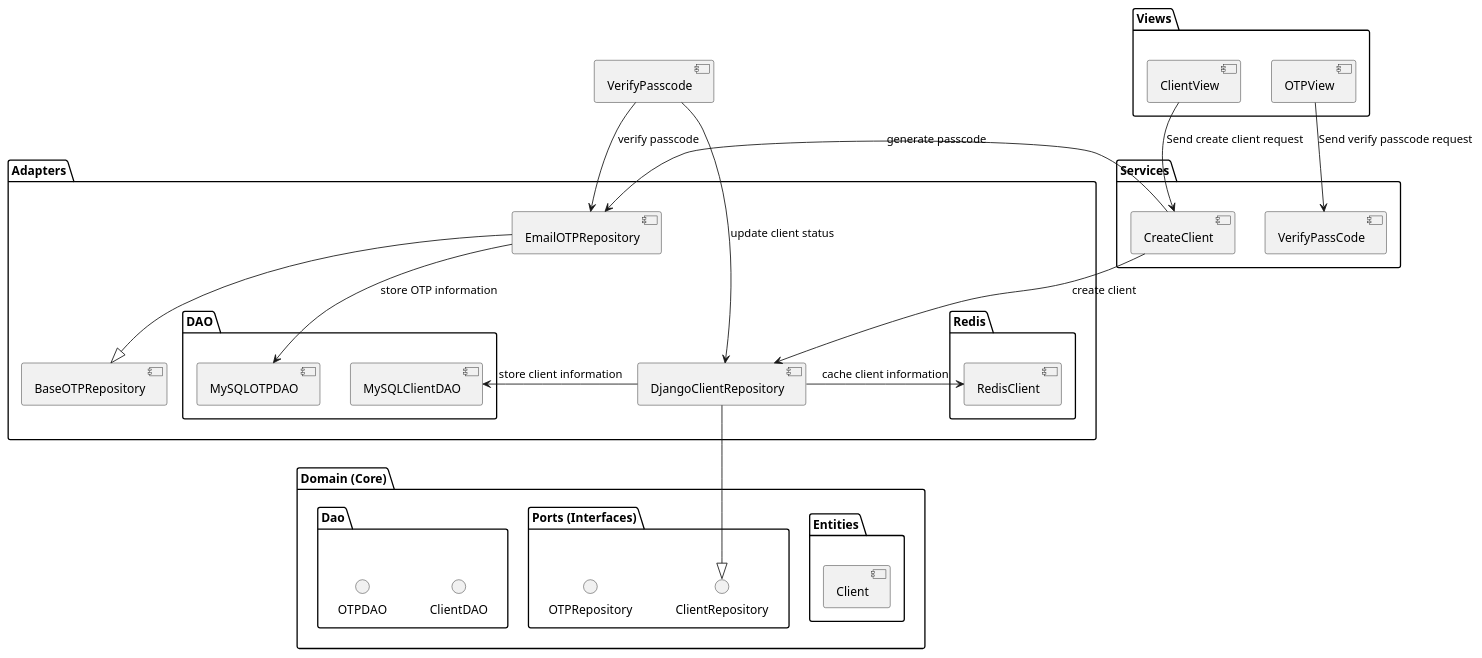
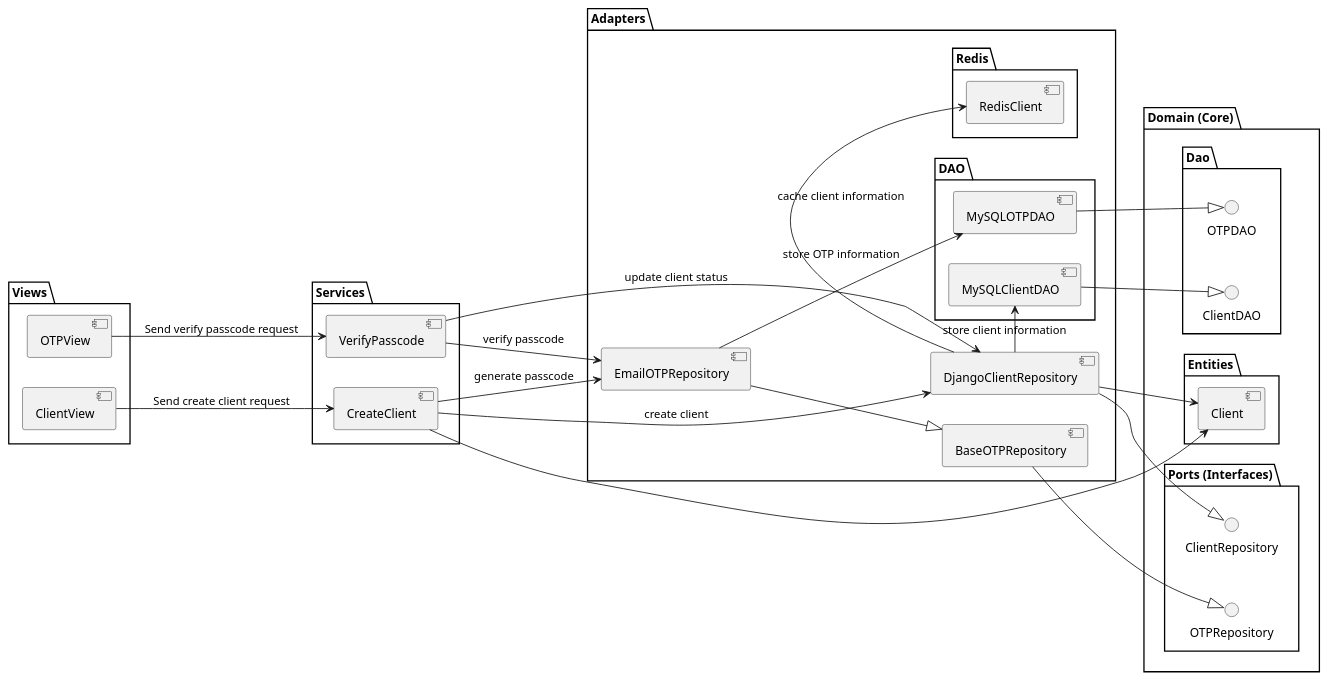
One commit to William-Lavoie/BrokerX changed the diagram in documentation/phase2/views/component_diagram.puml. Above: the diagram before and after it, drawn with PlantUML. The commit also changed 25 other files, not shown here.

```diff
--- a/documentation/phase2/views/component_diagram.puml
+++ b/documentation/phase2/views/component_diagram.puml
@@ -1,58 +1,71 @@
 @startuml
+left to right direction
+skinparam style strictuml
+skinparam ActorStyle awesome
+skinparam rectangle {
+  BackgroundColor #FFFFFF
+  BorderColor #000000
+  RoundCorner 15
+}
 package "Domain (Core)" {
     package "Entities" {
         [Client]
     }
 
     package "Ports (Interfaces)" {
         interface ClientRepository
         interface OTPRepository
     }
 
     package "Dao" {
         interface ClientDAO
         interface OTPDAO
     }
 }
 
 package "Views" {
     [ClientView]
     [OTPView]
 }
 
 package "Adapters" {
     [DjangoClientRepository]
     [BaseOTPRepository]
     [EmailOTPRepository]
 
     package "DAO" {
         [MySQLClientDAO]
         [MySQLOTPDAO]
     }
-    
+
     package "Redis" {
         [RedisClient]
     }
 }
 
 package "Services" {
     [CreateClient]
-    [VerifyPassCode]
+    [VerifyPasscode]
 }
 
 [ClientView] --> [CreateClient] : Send create client request
 [CreateClient] -> [DjangoClientRepository] : create client
 [DjangoClientRepository] -> [RedisClient] : cache client information
 [DjangoClientRepository] -> [MySQLClientDAO] : store client information
 
 [CreateClient] -> [EmailOTPRepository] : generate passcode
+[CreateClient] -> [Client]
+[DjangoClientRepository] -> [Client]
 
-[OTPView] --> [VerifyPassCode] : Send verify passcode request
+[OTPView] --> [VerifyPasscode] : Send verify passcode request
 [VerifyPasscode] --> [DjangoClientRepository] : update client status
 [VerifyPasscode] --> [EmailOTPRepository] : verify passcode
 
 [DjangoClientRepository] --|> [ClientRepository]
+[BaseOTPRepository] --|>  [OTPRepository]
+[MySQLClientDAO] --|> [ClientDAO]
+[MySQLOTPDAO] --|> [OTPDAO]
 [EmailOTPRepository] --|> [BaseOTPRepository]
 [EmailOTPRepository] --> [MySQLOTPDAO] : store OTP information
 
 @enduml
```
